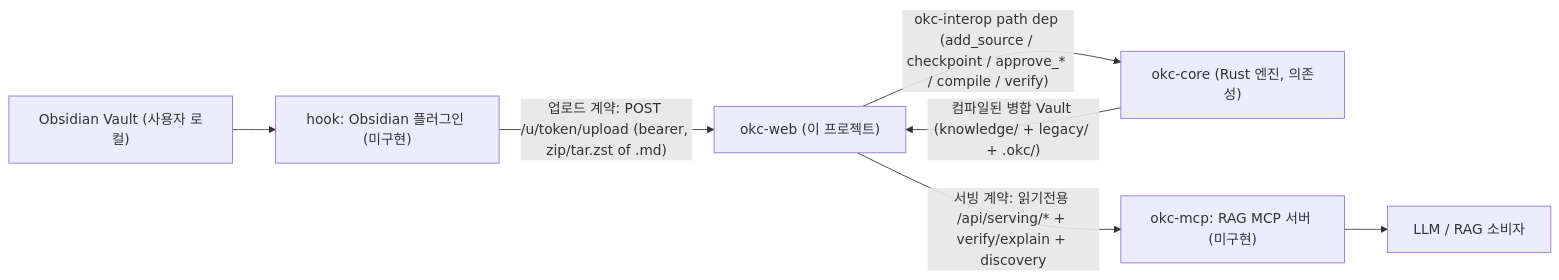
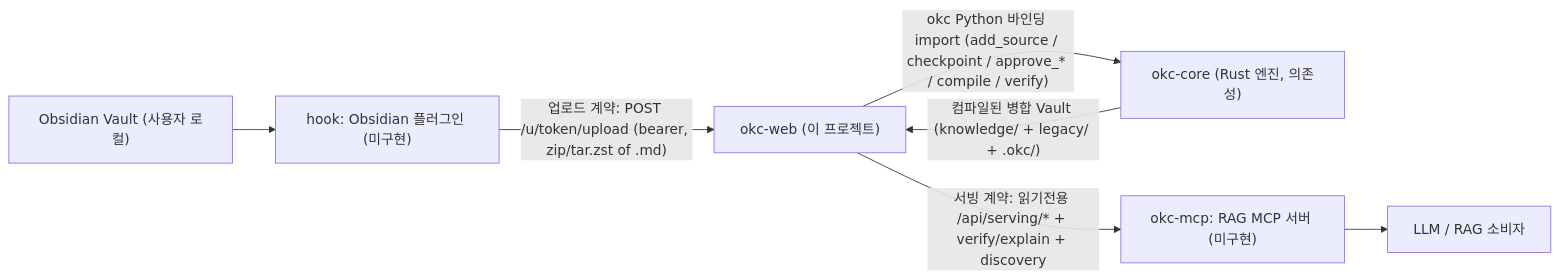
The diagram in okc-web/aidlc-docs/integration/module-integration-guide.md (HappySPigs/okc), drawn with Mermaid before and after one commit. The commit also changed other lines of this file and 50 other files, not shown here.

````diff
--- a/okc-web/aidlc-docs/integration/module-integration-guide.md
+++ b/okc-web/aidlc-docs/integration/module-integration-guide.md
@@ -12,16 +12,16 @@
 ```mermaid
 flowchart LR
     OB["Obsidian Vault (사용자 로컬)"]
     HOOK["hook: Obsidian 플러그인 (미구현)"]
     WEB["okc-web (이 프로젝트)"]
     CORE["okc-core (Rust 엔진, 의존성)"]
     MCP["okc-mcp: RAG MCP 서버 (미구현)"]
     RAG["LLM / RAG 소비자"]
 
     OB --> HOOK
     HOOK -->|"업로드 계약: POST /u/token/upload (bearer, zip/tar.zst of .md)"| WEB
-    WEB -->|"okc-interop path dep (add_source / checkpoint / approve_* / compile / verify)"| CORE
+    WEB -->|"okc Python 바인딩 import (add_source / checkpoint / approve_* / compile / verify)"| CORE
     CORE -->|"컴파일된 병합 Vault (knowledge/ + legacy/ + .okc/)"| WEB
     WEB -->|"서빙 계약: 읽기전용 /api/serving/* + verify/explain + discovery"| MCP
     MCP --> RAG
 ```
````
